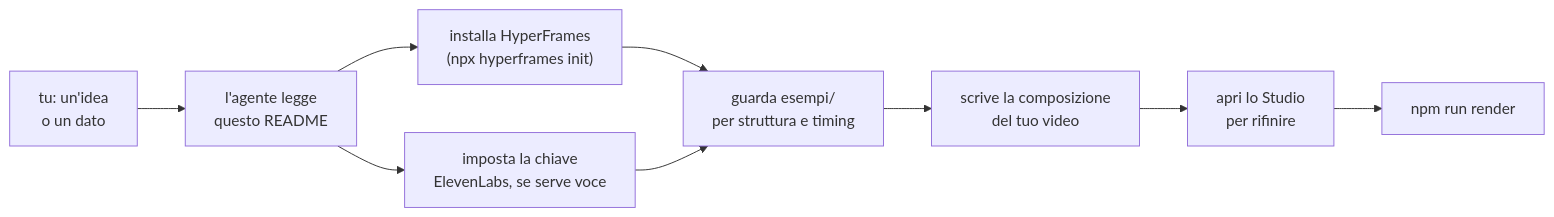
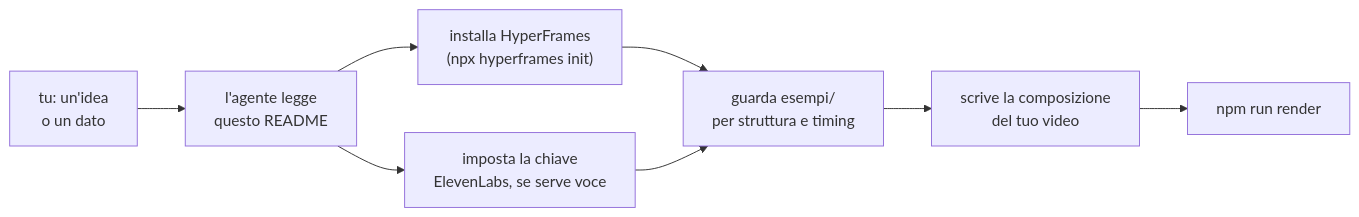
The diagram in README.md (Lucas-Grilli/motore-video-ai), drawn with Mermaid before and after one commit. The commit also changed other lines of this file and 2 other files, not shown here.

````diff
--- a/README.md
+++ b/README.md
@@ -126,11 +106,10 @@
 ```mermaid
 flowchart LR
     A["tu: un'idea<br/>o un dato"] --> B["l'agente legge<br/>questo README"]
     B --> C["installa HyperFrames<br/>(npx hyperframes init)"]
     B --> D["imposta la chiave<br/>ElevenLabs, se serve voce"]
     C --> E["guarda esempi/<br/>per struttura e timing"]
     D --> E
     E --> F["scrive la composizione<br/>del tuo video"]
-    F --> G["apri lo Studio<br/>per rifinire"]
-    G --> H["npm run render"]
+    F --> G["npm run render"]
 ```
````
